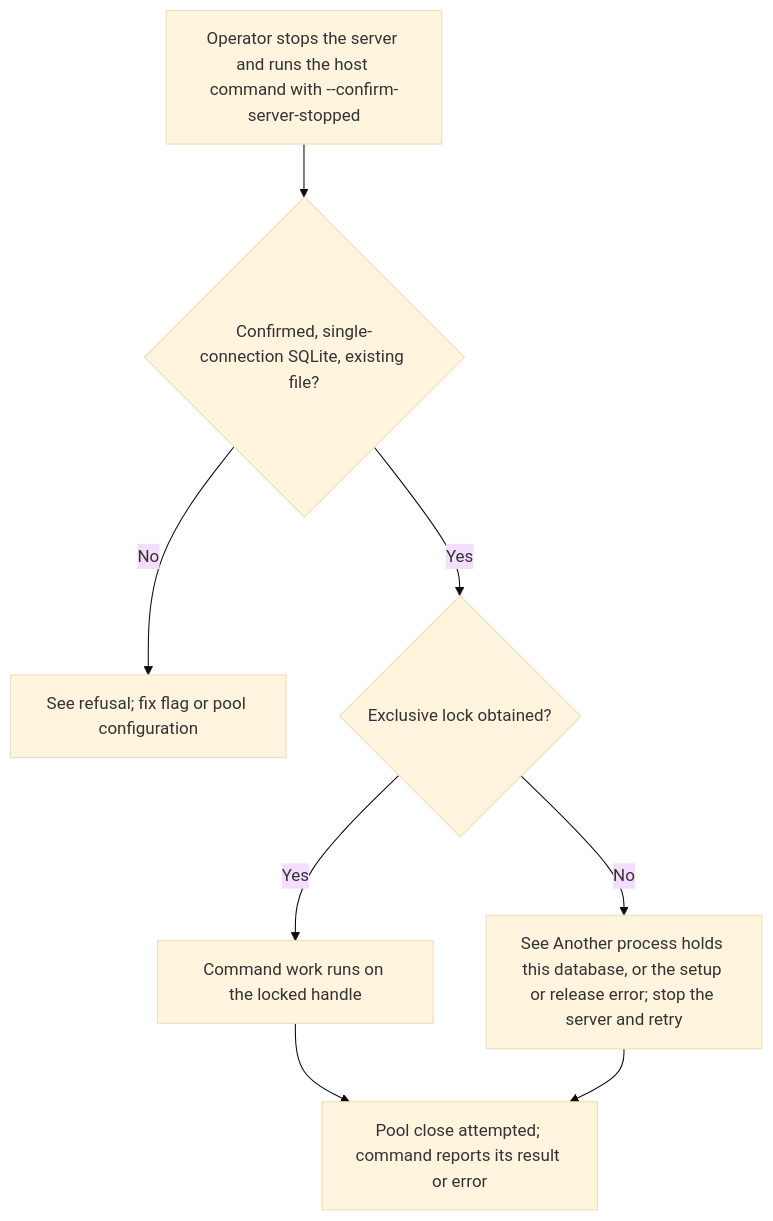
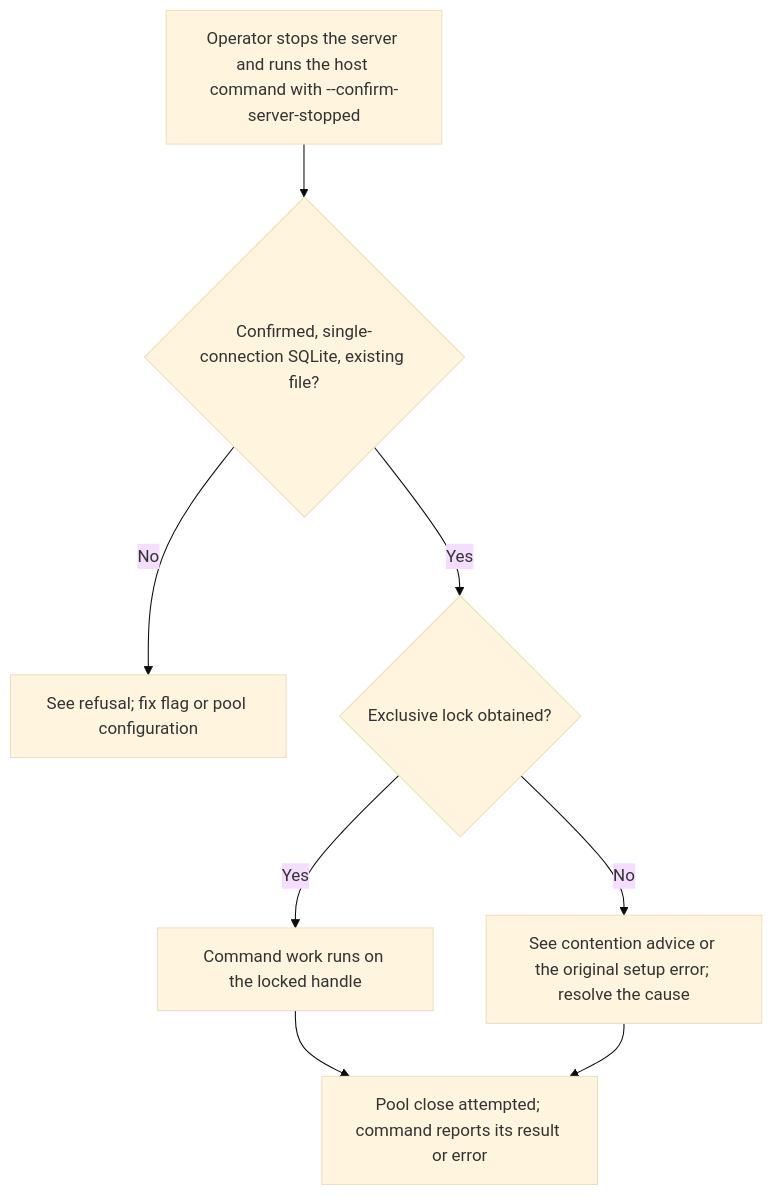
The first of 2 diagrams in user-stories/operator-guards/us-op-07-stopped-server-operator-command.md (Kevinjohn/oss-adonisjs-sqlite-backup), drawn with Mermaid (base theme) before and after one commit. The commit also changed other lines of this file and 1 other file, not shown here.

````diff
--- a/user-stories/operator-guards/us-op-07-stopped-server-operator-command.md
+++ b/user-stories/operator-guards/us-op-07-stopped-server-operator-command.md
@@ -27,10 +27,10 @@
 ```mermaid
 flowchart TD
     A["Operator stops the server and runs the host command with --confirm-server-stopped"] --> B{"Confirmed, single-connection SQLite, existing file?"}
     B -->|No| C["See refusal; fix flag or pool configuration"]
     B -->|Yes| D{"Exclusive lock obtained?"}
-    D -->|No| E["See Another process holds this database, or the setup or release error; stop the server and retry"]
+    D -->|No| E["See contention advice or the original setup error; resolve the cause"]
     D -->|Yes| F["Command work runs on the locked handle"]
     F --> G["Pool close attempted; command reports its result or error"]
     E --> G
 ```
````
